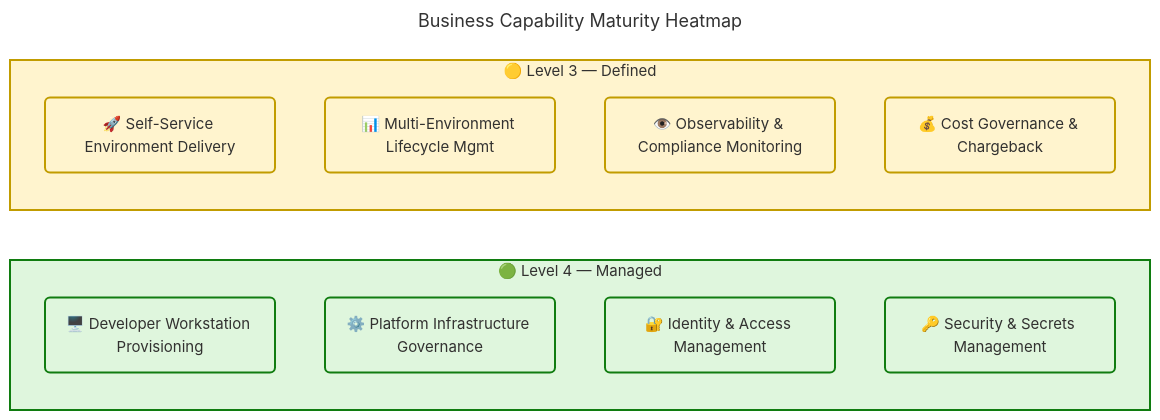
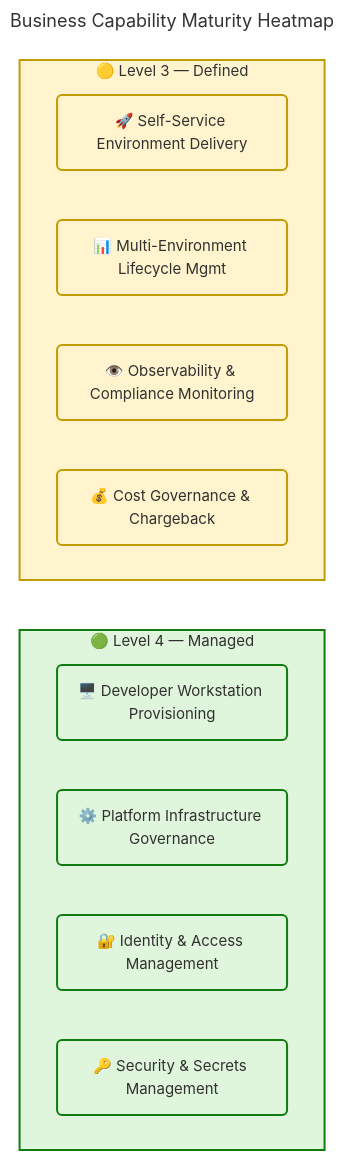
Before and after one commit to Evilazaro/DevExp-DevBox: the second of 6 diagrams in docs/architecture/bus-arch.md, drawn with Mermaid. The commit also changed other lines of this file, not shown here.

Commit message:
Add flow direction to architecture diagrams for improved clarity

````diff
--- a/docs/architecture/bus-arch.md
+++ b/docs/architecture/bus-arch.md
@@ -378,47 +381,49 @@
 ```mermaid
 ---
 title: Business Capability Maturity Heatmap
 config:
   theme: base
   look: classic
   layout: dagre
   themeVariables:
     fontSize: '15px'
   flowchart:
     htmlLabels: true
 ---
 flowchart LR
     accTitle: Business Capability Maturity Heatmap
     accDescr: Heatmap showing maturity level 1-5 for each of the eight core business capabilities. Green indicates Level 4 Managed, yellow indicates Level 3 Defined.
 
     %% ═══════════════════════════════════════════════════════════════════════════
     %% AZURE / FLUENT ARCHITECTURE PATTERN v2.0
     %% (Semantic + Structural + Font + Accessibility Governance)
     %% ═══════════════════════════════════════════════════════════════════════════
     %% PHASE 1 - FLUENT UI: All styling uses approved Fluent UI palette only
     %% PHASE 2 - GROUPS: Every subgraph has semantic color via style directive
     %% PHASE 3 - COMPONENTS: Every node has semantic classDef + icon prefix
     %% PHASE 4 - ACCESSIBILITY: accTitle/accDescr present, WCAG AA contrast
     %% PHASE 5 - STANDARD: Governance block present, classDefs centralized
     %% ═══════════════════════════════════════════════════════════════════════════
 
     subgraph L4["🟢 Level 4 — Managed"]
+        direction LR
         c1("🖥️ Developer Workstation Provisioning"):::success
         c2("⚙️ Platform Infrastructure Governance"):::success
         c3("🔐 Identity & Access Management"):::success
         c5("🔑 Security & Secrets Management"):::success
     end
 
     subgraph L3["🟡 Level 3 — Defined"]
+        direction LR
         c4("🚀 Self-Service Environment Delivery"):::warning
         c6("📊 Multi-Environment Lifecycle Mgmt"):::warning
         c7("👁️ Observability & Compliance Monitoring"):::warning
         c8("💰 Cost Governance & Chargeback"):::warning
     end
 
     style L4 fill:#DFF6DD,stroke:#107C10,stroke-width:2px,color:#323130
     style L3 fill:#FFF4CE,stroke:#C19C00,stroke-width:2px,color:#323130
 
     classDef success fill:#DFF6DD,stroke:#107C10,stroke-width:2px,color:#323130
     classDef warning fill:#FFF4CE,stroke:#C19C00,stroke-width:2px,color:#323130
 ```
````
